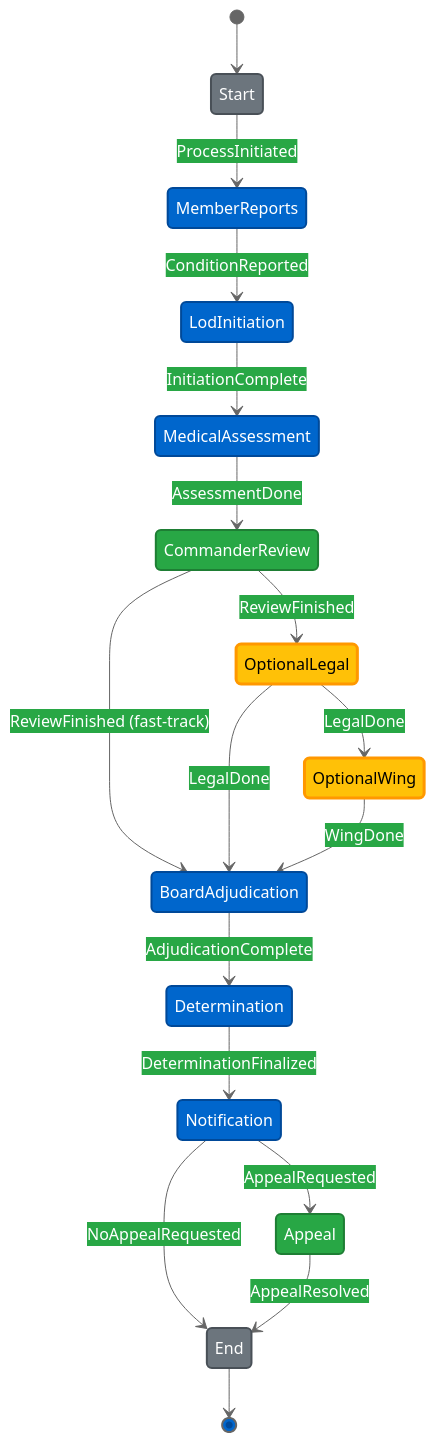
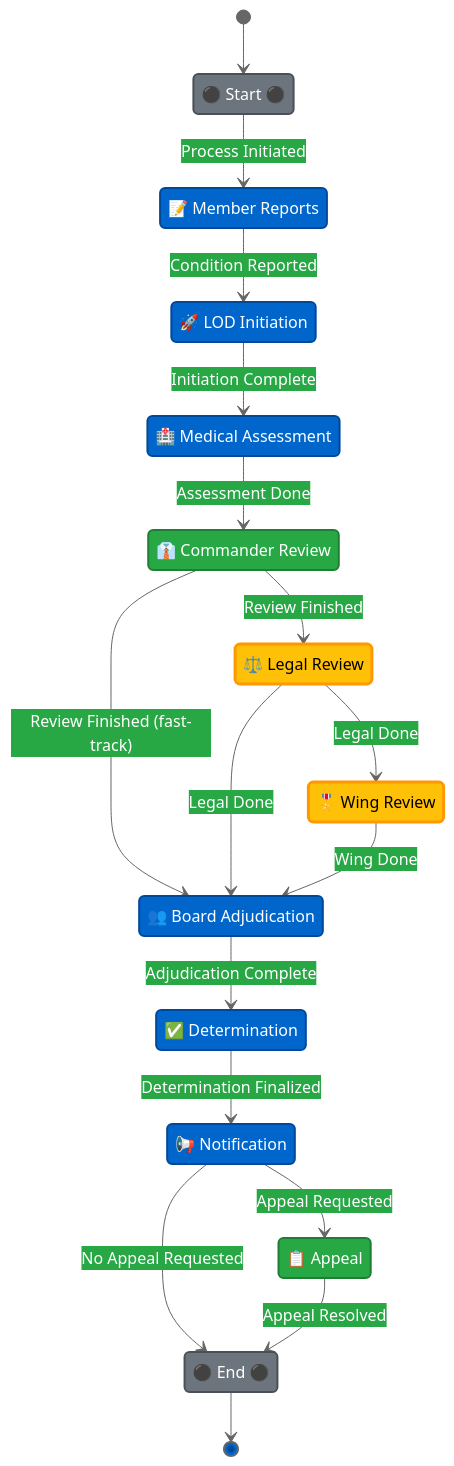
One commit to donellmccoy/StateMachineExperiments changed the diagram in README.md. Above: the diagram before and after it, drawn with Mermaid.

Commit message:
Improve diagram readability with better spacing and icons

````diff
--- a/README.md
+++ b/README.md
@@ -25,38 +25,52 @@
 ```mermaid
 %%{init: {'theme':'base', 'themeVariables': { 'primaryColor':'#0066cc','primaryTextColor':'#fff','primaryBorderColor':'#004999','lineColor':'#666','secondaryColor':'#28a745','tertiaryColor':'#ffc107'}}}%%
 stateDiagram-v2
     direction TB
     
     [*] --> Start
-    Start --> MemberReports: ProcessInitiated
-    MemberReports --> LodInitiation: ConditionReported
-    LodInitiation --> MedicalAssessment: InitiationComplete
-    MedicalAssessment --> CommanderReview: AssessmentDone
     
-    CommanderReview --> OptionalLegal: ReviewFinished
-    CommanderReview --> BoardAdjudication: ReviewFinished (fast-track)
+    Start --> MemberReports: Process Initiated
+    MemberReports --> LodInitiation: Condition Reported
+    LodInitiation --> MedicalAssessment: Initiation Complete
+    MedicalAssessment --> CommanderReview: Assessment Done
     
-    OptionalLegal --> OptionalWing: LegalDone
-    OptionalLegal --> BoardAdjudication: LegalDone
+    CommanderReview --> OptionalLegal: Review Finished
+    CommanderReview --> BoardAdjudication: Review Finished (fast-track)
     
-    OptionalWing --> BoardAdjudication: WingDone
+    OptionalLegal --> OptionalWing: Legal Done
+    OptionalLegal --> BoardAdjudication: Legal Done
     
-    BoardAdjudication --> Determination: AdjudicationComplete
-    Determination --> Notification: DeterminationFinalized
+    OptionalWing --> BoardAdjudication: Wing Done
     
-    Notification --> Appeal: AppealRequested
-    Notification --> End: NoAppealRequested
+    BoardAdjudication --> Determination: Adjudication Complete
+    Determination --> Notification: Determination Finalized
     
-    Appeal --> End: AppealResolved
+    Notification --> Appeal: Appeal Requested
+    Notification --> End: No Appeal Requested
+    
+    Appeal --> End: Appeal Resolved
     End --> [*]
+    
+    state "⚫  Start  ⚫" as Start
+    state "📝  Member Reports" as MemberReports
+    state "🚀  LOD Initiation" as LodInitiation
+    state "🏥  Medical Assessment" as MedicalAssessment
+    state "👔  Commander Review" as CommanderReview
+    state "⚖️  Legal Review" as OptionalLegal
+    state "🎖️  Wing Review" as OptionalWing
+    state "👥  Board Adjudication" as BoardAdjudication
+    state "✅  Determination" as Determination
+    state "📢  Notification" as Notification
+    state "📋  Appeal" as Appeal
+    state "⚫  End  ⚫" as End
     
     classDef optional fill:#ffc107,stroke:#ff9800,stroke-width:3px,color:#000
     classDef required fill:#0066cc,stroke:#004999,stroke-width:2px,color:#fff
     classDef decision fill:#28a745,stroke:#1e7e34,stroke-width:2px,color:#fff
     classDef terminal fill:#6c757d,stroke:#495057,stroke-width:2px,color:#fff
     
     class OptionalLegal,OptionalWing optional
     class MemberReports,LodInitiation,MedicalAssessment,BoardAdjudication,Determination,Notification required
     class CommanderReview,Appeal decision
     class Start,End terminal
 ```
````
